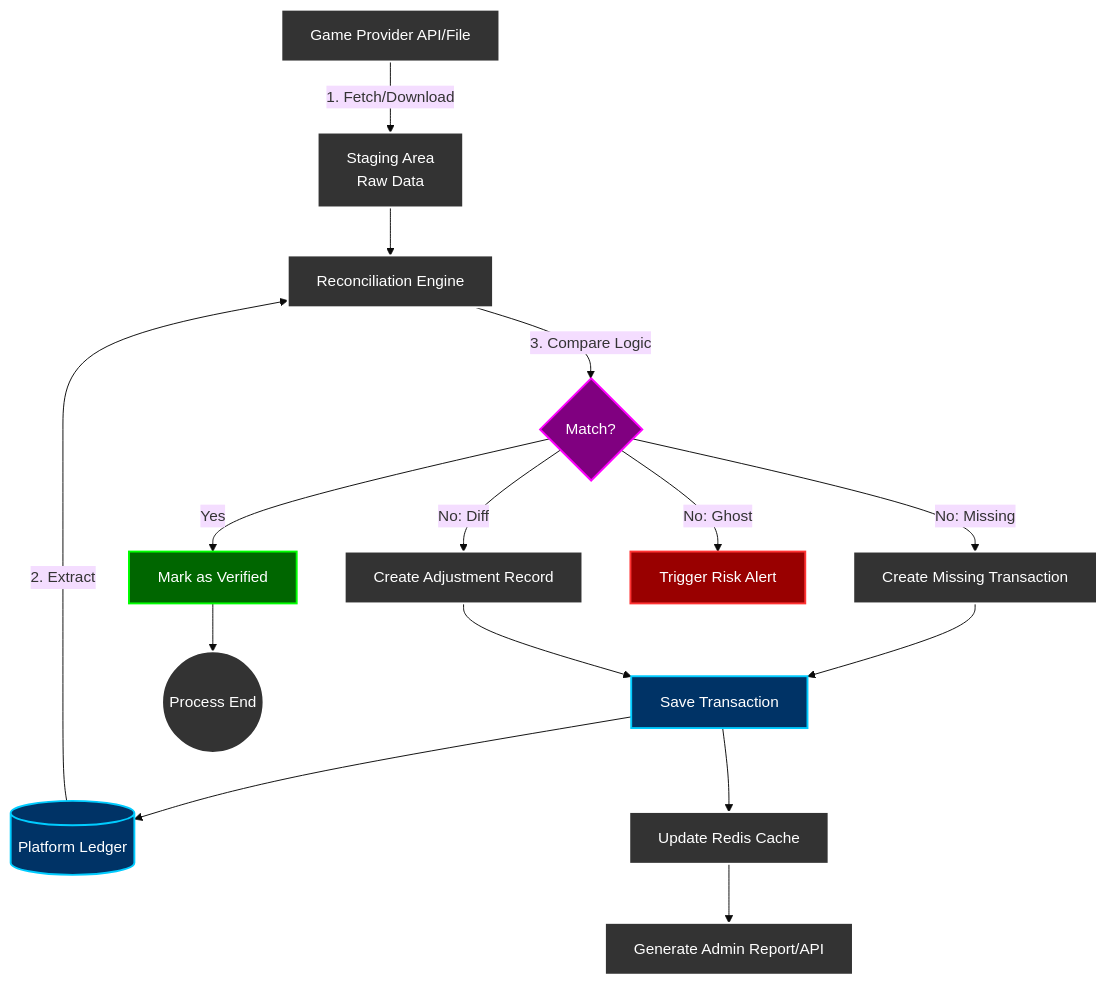
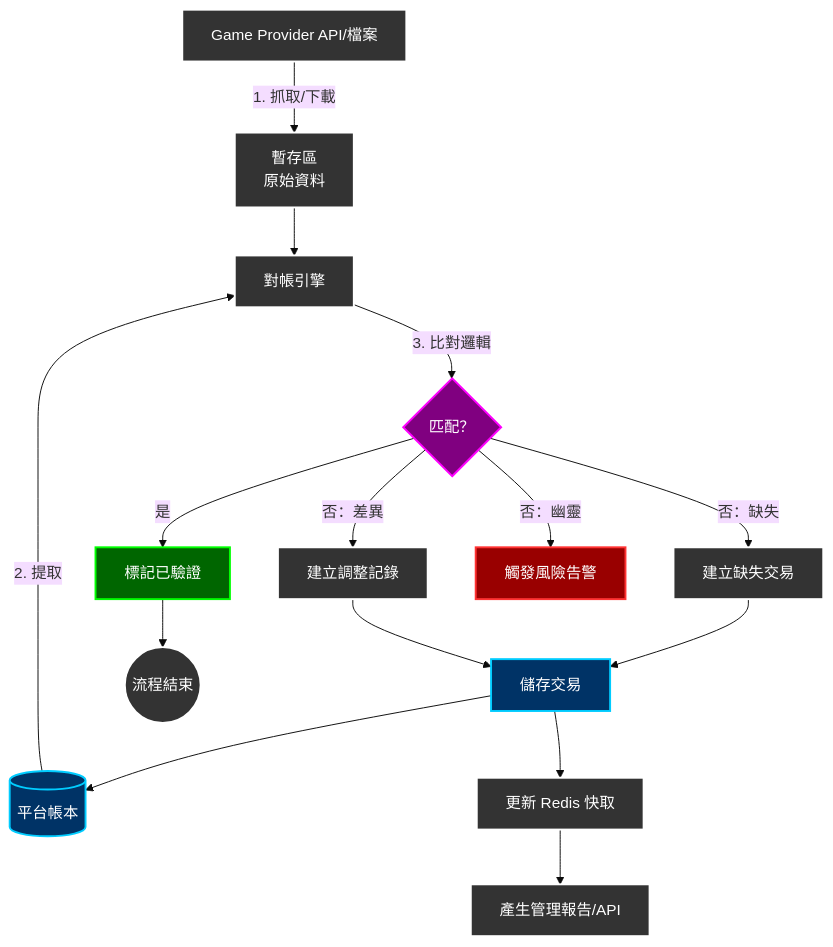
One commit to ron03wlb/smart-admin changed the seventh of 7 diagrams in docs/iGaming/architecture/03_Game_Integration/Turnover_Calculation_Logic.md. Above: the diagram before and after it, drawn with Mermaid (base theme). The commit also changed other lines of this file and 4 other files, not shown here.

First line of the commit message:
docs(iGaming): translate Batch 20 — Game Integration/Activity Engine (5 files)

````diff
--- a/docs/iGaming/architecture/03_Game_Integration/Turnover_Calculation_Logic.md
+++ b/docs/iGaming/architecture/03_Game_Integration/Turnover_Calculation_Logic.md
@@ -1010,36 +1010,36 @@
 ```mermaid
 graph TD
     classDef database fill:#003366,stroke:#00ccff,stroke-width:2px,color:#fff;
     classDef process fill:#333333,stroke:#fff,stroke-width:2px,color:#fff;
     classDef decision fill:#800080,stroke:#ff00ff,stroke-width:2px,color:#fff;
     classDef alert fill:#990000,stroke:#ff3333,stroke-width:2px,color:#fff;
     classDef success fill:#006600,stroke:#00ff00,stroke-width:2px,color:#fff;
 
-    GP_API[Game Provider API/File]:::process -->|1. Fetch/Download| Staging[Staging Area<br/>Raw Data]:::process
+    GP_API[Game Provider API/檔案]:::process -->|1. 抓取/下載| Staging[暫存區<br/>原始資料]:::process
 
-    Platform_DB[(Platform Ledger)]:::database -->|2. Extract| Reconciliation_Engine[Reconciliation Engine]:::process
+    Platform_DB[(平台帳本)]:::database -->|2. 提取| Reconciliation_Engine[對帳引擎]:::process
 
     Staging --> Reconciliation_Engine
 
-    Reconciliation_Engine -->|3. Compare Logic| Logic{Match?}:::decision
+    Reconciliation_Engine -->|3. 比對邏輯| Logic{匹配？}:::decision
 
-    Logic -- Yes --> Mark_Verified[Mark as Verified]:::success
+    Logic -- 是 --> Mark_Verified[標記已驗證]:::success
 
-    Logic -- No: Missing --> Action_Recover[Create Missing Transaction]:::process
+    Logic -- 否：缺失 --> Action_Recover[建立缺失交易]:::process
 
-    Logic -- No: Diff --> Action_Adjust[Create Adjustment Record]:::process
+    Logic -- 否：差異 --> Action_Adjust[建立調整記錄]:::process
 
-    Logic -- No: Ghost --> Alert_Risk[Trigger Risk Alert]:::alert
+    Logic -- 否：幽靈 --> Alert_Risk[觸發風險告警]:::alert
 
-    Action_Recover --> SaveTx[Save Transaction]:::database
+    Action_Recover --> SaveTx[儲存交易]:::database
 
     Action_Adjust --> SaveTx
 
-    Mark_Verified --> End((Process End)):::process
+    Mark_Verified --> End((流程結束)):::process
 
     SaveTx --> Platform_DB
 
-    SaveTx --> CacheRes[Update Redis Cache]:::process
+    SaveTx --> CacheRes[更新 Redis 快取]:::process
 
-    CacheRes --> Resp[Generate Admin Report/API]:::process
+    CacheRes --> Resp[產生管理報告/API]:::process
 ```
````
